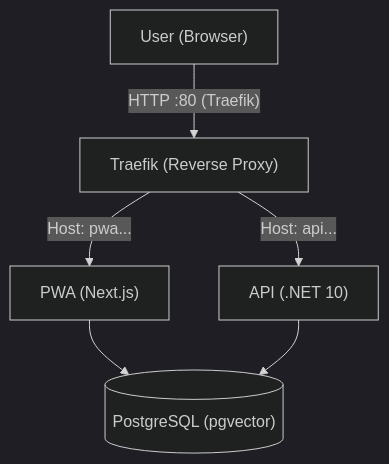
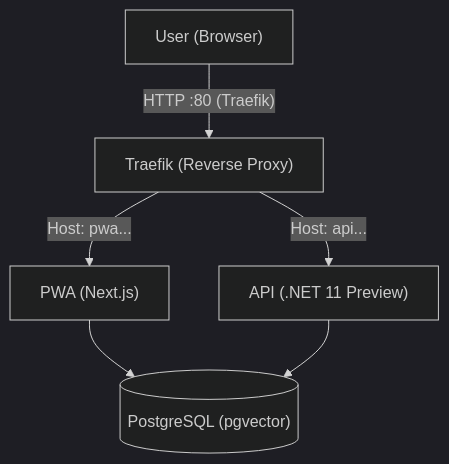
One commit to AlexandreBrisebois/whats-for-supper changed the diagram in LOCAL_DEV_LOOP.md. Above: the diagram before and after it, drawn with Mermaid (dark theme). The commit also changed 47 other files, not shown here.

First line of the commit message:
feat: Upgrade dependencies and migrate to .NET 11 Preview

````diff
--- a/LOCAL_DEV_LOOP.md
+++ b/LOCAL_DEV_LOOP.md
@@ -7,8 +7,8 @@
 ```mermaid
 graph TD
     User["User (Browser)"] -- "HTTP :80 (Traefik)" --> Traefik["Traefik (Reverse Proxy)"]
     Traefik -- "Host: pwa..." --> PWA["PWA (Next.js)"]
-    Traefik -- "Host: api..." --> API["API (.NET 10)"]
+    Traefik -- "Host: api..." --> API["API (.NET 11 Preview)"]
     PWA --> DB[("PostgreSQL (pgvector)")]
     API --> DB
 ```
````
